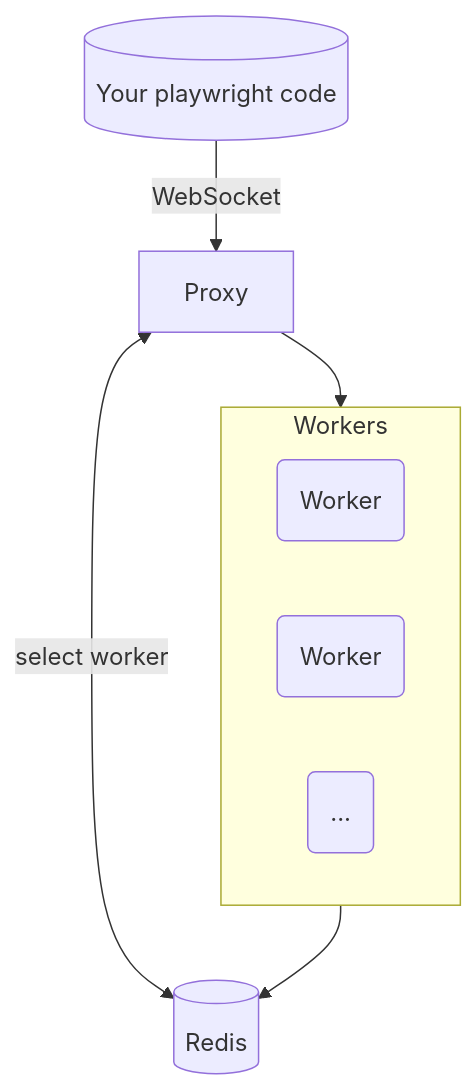
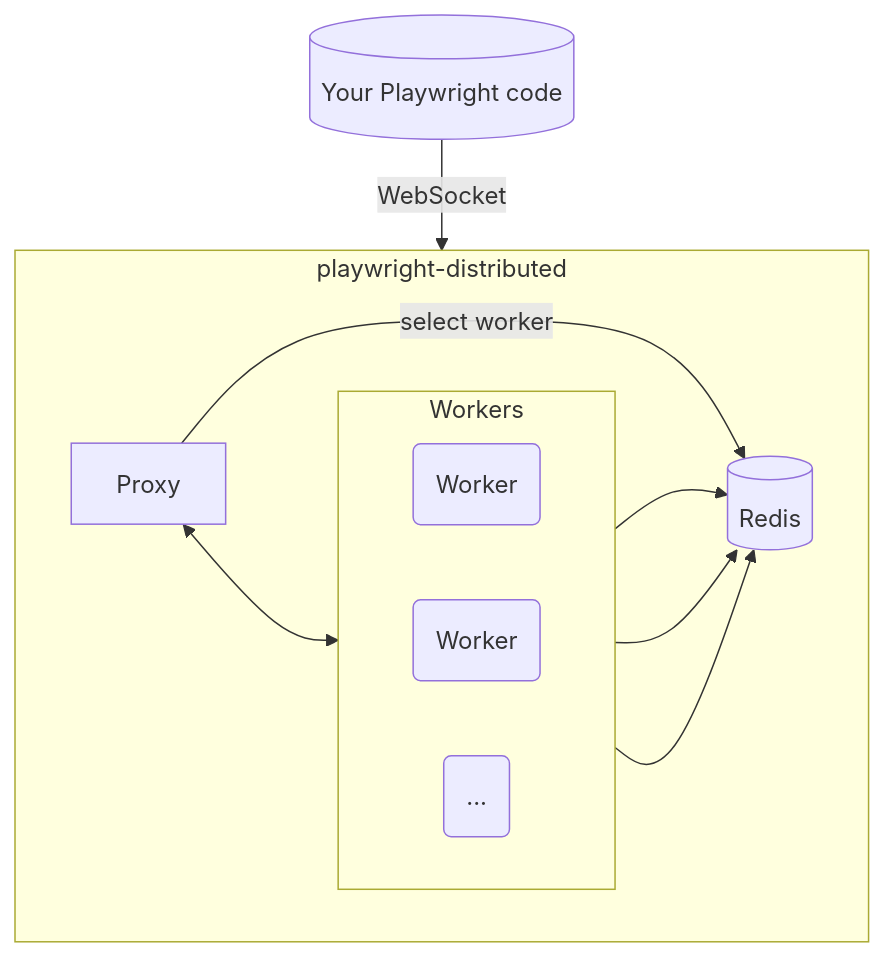
The diagram in README.md (peixotorms/playwright-distributed), drawn with Mermaid before and after one commit.

Commit message:
Update chart in README.md

````diff
--- a/README.md
+++ b/README.md
@@ -90,12 +90,22 @@
 ```mermaid
 flowchart TD
-    Client[(Your playwright code)] -->|WebSocket| Proxy
-    Proxy <-->|select worker| Redis[(Redis)]
-    subgraph Workers
-        Worker1(Worker)
-        Worker2(Worker)
-        WorkerN(...)
+    Client[(Your Playwright code)] -->|WebSocket| Proxy
+
+    subgraph playwright-distributed
+        direction LR
+
+        Proxy -->|select worker| Redis[(Redis)]
+        Proxy <--> workerGroup
+
+        subgraph workerGroup [Workers]
+            direction LR
+            Worker1(Worker)
+            Worker2(Worker)
+            WorkerN(...)
+        end
+
+        Worker1 --> Redis
+        Worker2 --> Redis
+        WorkerN --> Redis
     end
-    Proxy --> Workers
-    Workers --> Redis
 ```
````
